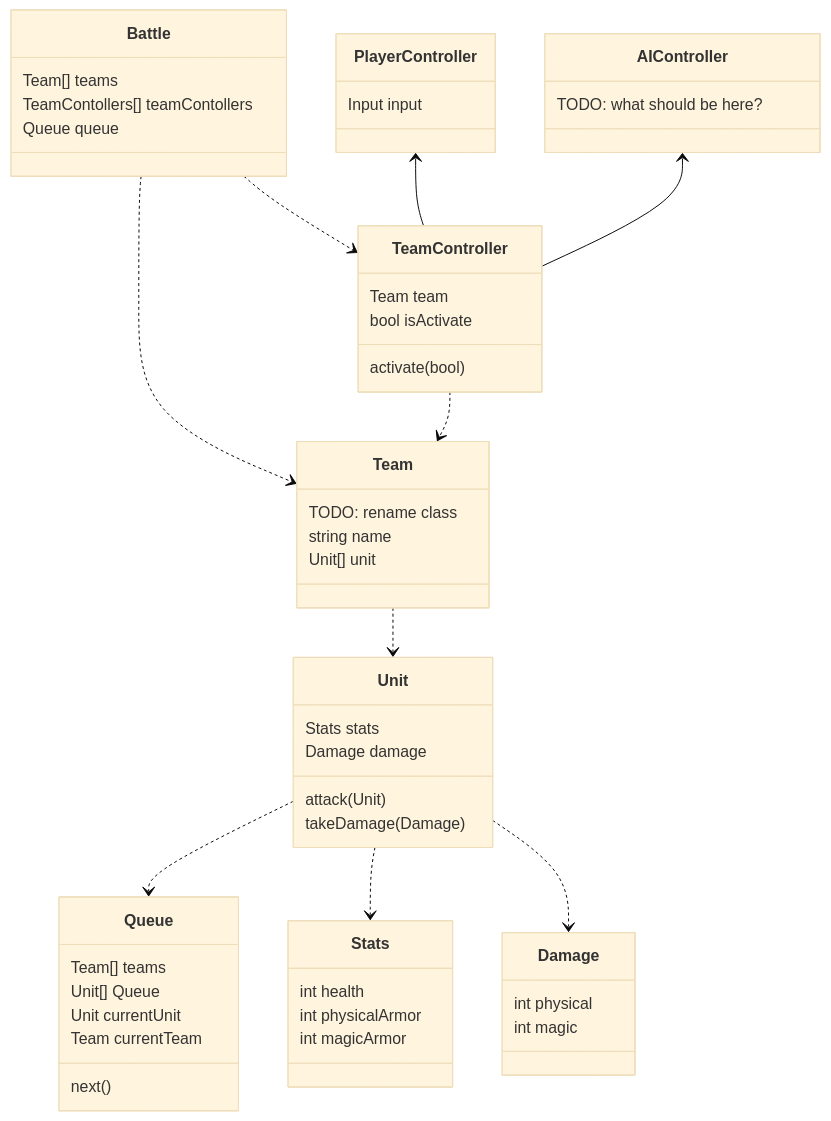
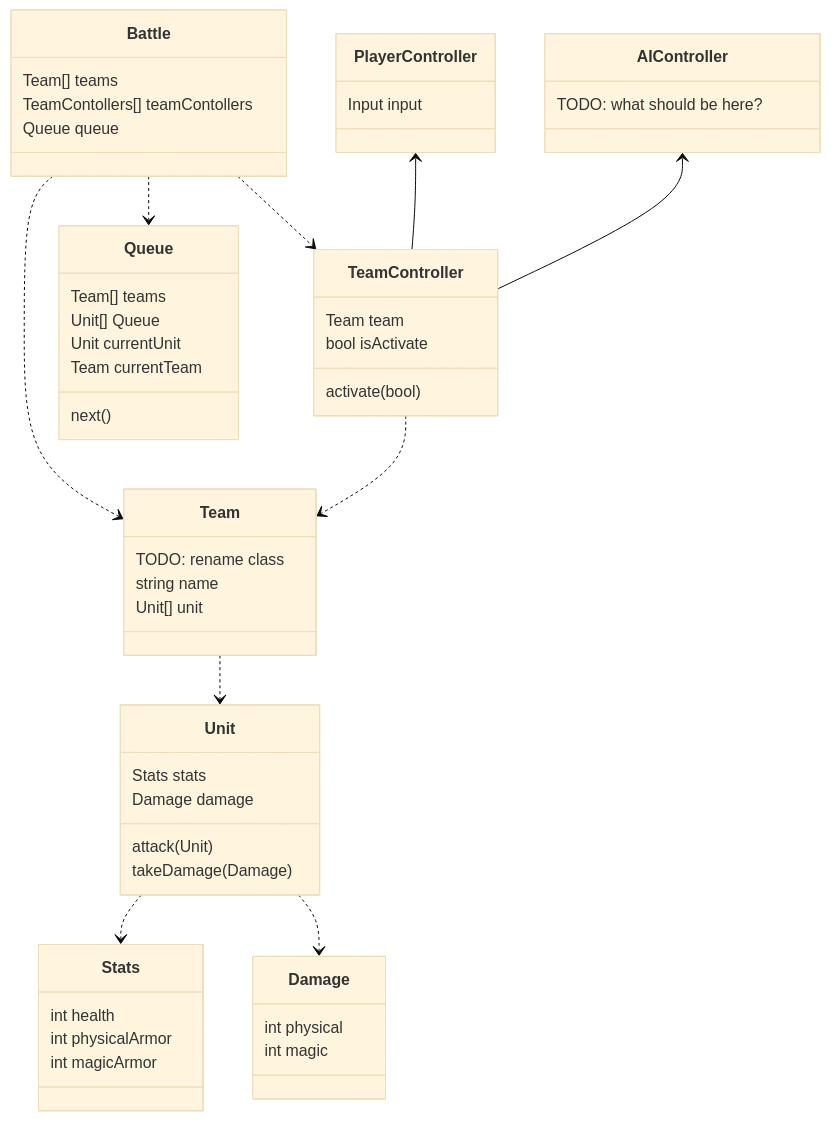
One commit to imprevo/turn-based-rpg-pixi changed the diagram in README.md. Above: the diagram before and after it, drawn with Mermaid (base theme).

Commit message:
fix battle -> queue connection

````diff
--- a/README.md
+++ b/README.md
@@ -5,65 +5,64 @@
 ```mermaid
 classDiagram
 
 class Battle {
   Team[] teams
   TeamContollers[] teamContollers
   Queue queue
 }
 Battle ..> Team
 Battle ..> TeamController
+Battle ..> Queue
 
 class Unit {
   Stats stats
   Damage damage
   attack(Unit)
   takeDamage(Damage)
 }
 class Stats {
   int health
   int physicalArmor
   int magicArmor
 }
 class Damage {
   int physical
   int magic
 }
 
-Unit ..> Queue
 Unit ..> Stats
 Unit ..> Damage
 
 class Queue {
   Team[] teams
   Unit[] Queue
   Unit currentUnit
   Team currentTeam
   next()
 }
-
 
 class Team {
   TODO: rename class
   string name
   Unit[] unit
 }
 Team ..> Unit
 
 class TeamController {
   Team team
   bool isActivate
   activate(bool)
 }
 TeamController ..> Team
 
 class PlayerController {
   Input input
 }
 PlayerController <-- TeamController
 
 class AIController {
  TODO: what should be here?
 }
 AIController <-- TeamController
 
 ```
````
